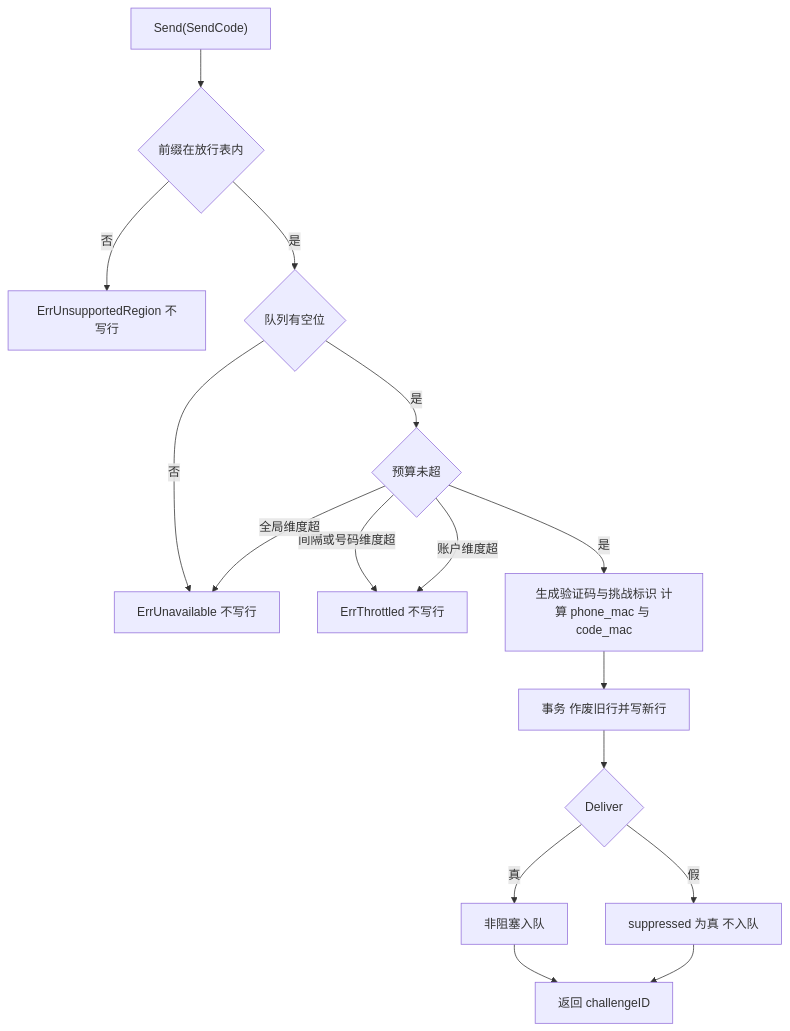
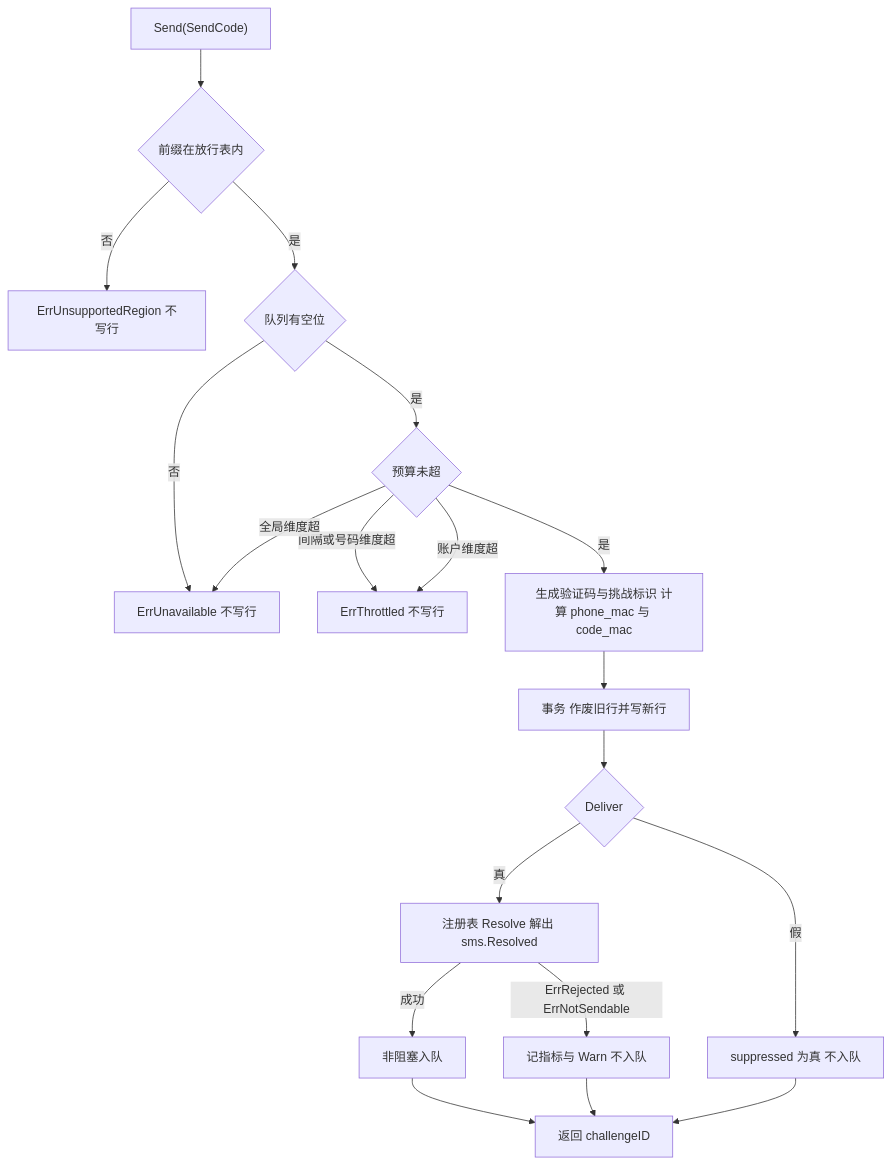
One commit to wangzw/speed changed the fourth of 4 diagrams in docs/design/modules/authn/design-authn-sms.md. Above: the diagram before and after it, drawn with Mermaid. The commit also changed other lines of this file and 12 other files, not shown here.

````diff
--- a/docs/design/modules/authn/design-authn-sms.md
+++ b/docs/design/modules/authn/design-authn-sms.md
@@ -275,18 +284,21 @@
 ```mermaid
 flowchart TD
     A["Send(SendCode)"] --> B{"前缀在放行表内"}
     B -- 否 --> E1["ErrUnsupportedRegion 不写行"]
     B -- 是 --> Q{"队列有空位"}
     Q -- 否 --> E2["ErrUnavailable 不写行"]
     Q -- 是 --> C{"预算未超"}
     C -- 间隔或号码维度超 --> E3["ErrThrottled 不写行"]
     C -- 全局维度超 --> E2
     C -- 账户维度超 --> E3
     C -- 是 --> G["生成验证码与挑战标识 计算 phone_mac 与 code_mac"]
     G --> H["事务 作废旧行并写新行"]
     H --> I{"Deliver"}
-    I -- 真 --> J["非阻塞入队"]
+    I -- 真 --> RS["注册表 Resolve 解出 sms.Resolved"]
+    RS -- ErrRejected 或 ErrNotSendable --> RN["记指标与 Warn 不入队"]
+    RS -- 成功 --> J["非阻塞入队"]
     I -- 假 --> K["suppressed 为真 不入队"]
     J --> R["返回 challengeID"]
+    RN --> R
     K --> R
 ```
````
